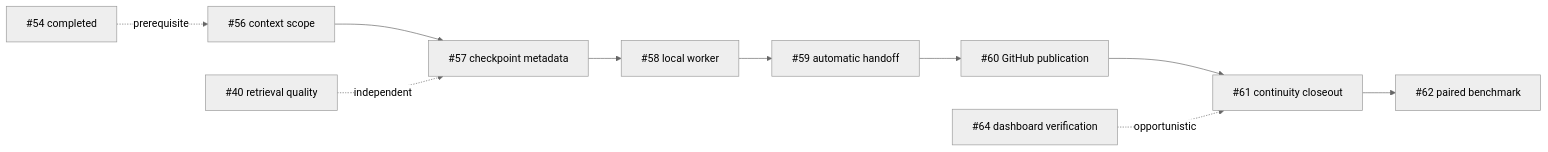
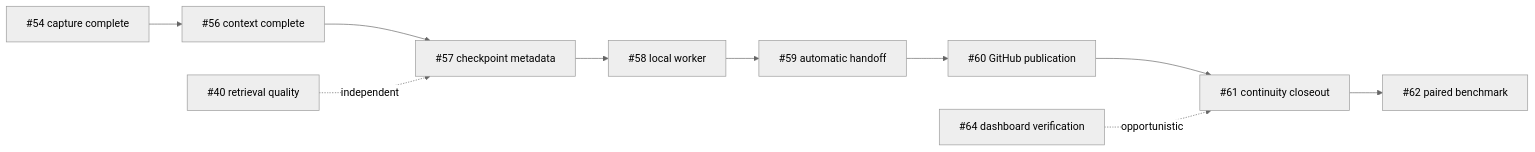
The diagram in docs/issue-priority-order.md (vib28/ai-memory-hub), drawn with Mermaid (neutral theme) before and after one commit. The commit also changed other lines of this file and 8 other files, not shown here.

````diff
--- a/docs/issue-priority-order.md
+++ b/docs/issue-priority-order.md
@@ -9,12 +9,12 @@
 ```mermaid
 flowchart LR
-    A["#56 context scope"] --> B["#57 checkpoint metadata"]
-    P["#54 completed"] -. prerequisite .-> A
+    P["#54 capture complete"] --> A["#56 context complete"]
+    A --> B["#57 checkpoint metadata"]
     B --> C["#58 local worker"]
     C --> D["#59 automatic handoff"]
     D --> E["#60 GitHub publication"]
     E --> F["#61 continuity closeout"]
     F --> G["#62 paired benchmark"]
     I["#40 retrieval quality"] -. independent .-> B
     J["#64 dashboard verification"] -. opportunistic .-> F
 ```
````
